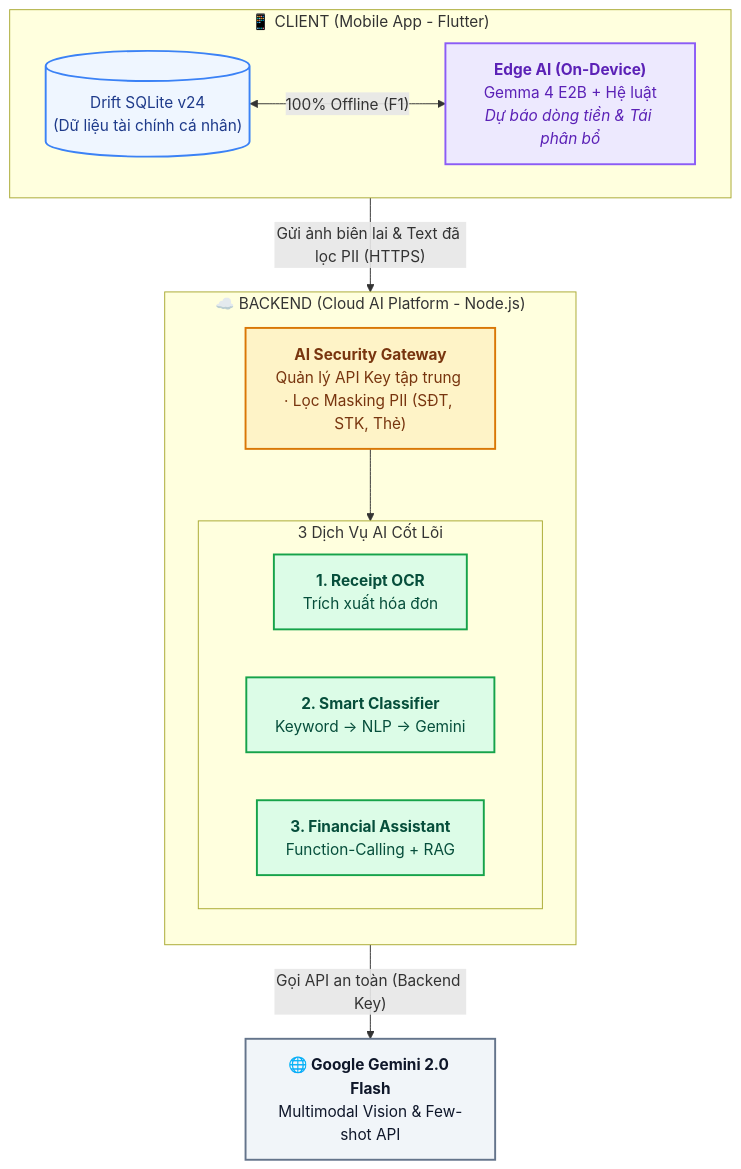
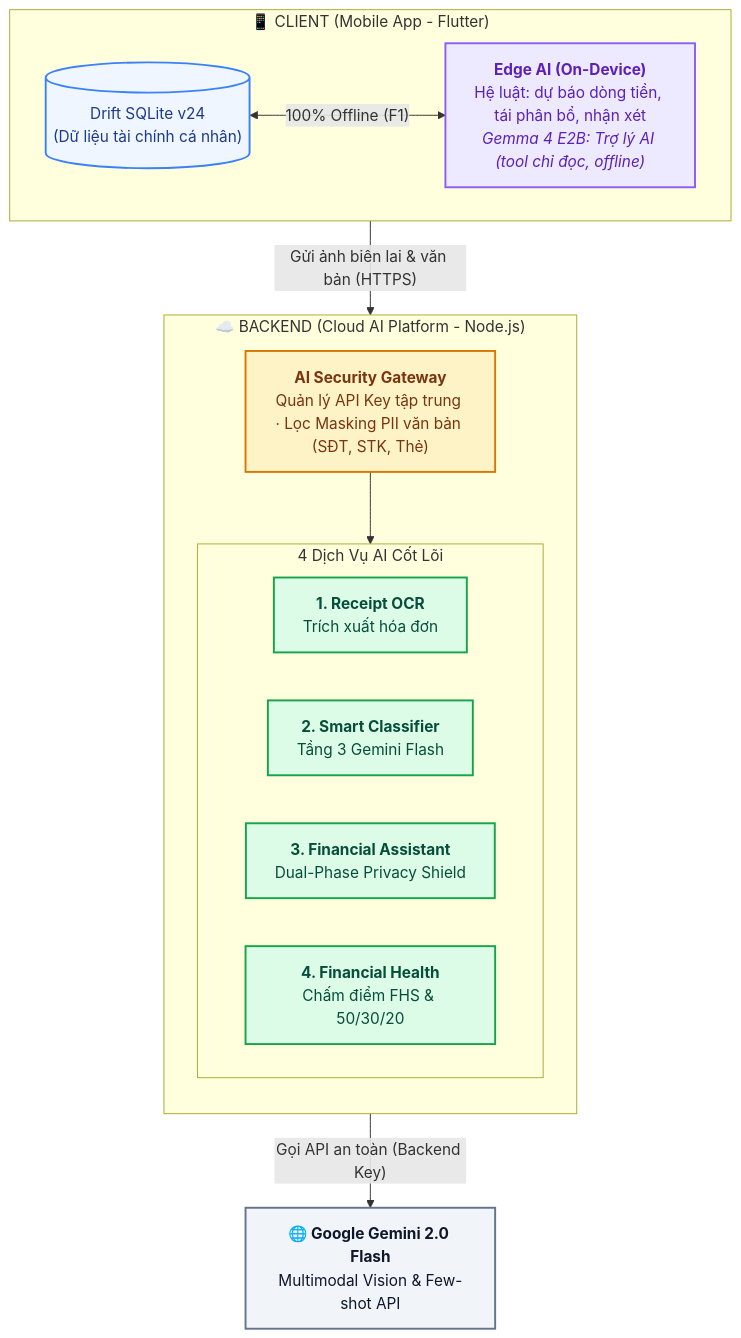
The first of 2 diagrams in docs/AI/AI_ARCHITECTURE_DIAGRAM.md (NguyenPhuBao/ManagementFinance), drawn with Mermaid before and after one commit. The commit also changed other lines of this file and 11 other files, not shown here.

````diff
--- a/docs/AI/AI_ARCHITECTURE_DIAGRAM.md
+++ b/docs/AI/AI_ARCHITECTURE_DIAGRAM.md
@@ -10,36 +10,37 @@
 ```mermaid
 flowchart TB
   %% Theme & Styling tối giản, hiện đại
   classDef client fill:#EFF6FF,stroke:#3B82F6,stroke-width:2px,color:#1E3A8A;
   classDef edge fill:#EDE9FE,stroke:#8B5CF6,stroke-width:2px,color:#5B21B6;
   classDef gateway fill:#FEF3C7,stroke:#D97706,stroke-width:2px,color:#78350F;
   classDef service fill:#DCFCE7,stroke:#16A34A,stroke-width:2px,color:#064E3B;
   classDef cloud fill:#F1F5F9,stroke:#64748B,stroke-width:2px,color:#0F172A;
 
   subgraph CLIENT["📱 CLIENT (Mobile App - Flutter)"]
     direction LR
     LOCAL_DB[("Drift SQLite v24<br/>(Dữ liệu tài chính cá nhân)")]:::client
-    EDGE_AI["<b>Edge AI (On-Device)</b><br/>Gemma 4 E2B + Hệ luật<br/><i>Dự báo dòng tiền & Tái phân bổ</i>"]:::edge
+    EDGE_AI["<b>Edge AI (On-Device)</b><br/>Hệ luật: dự báo dòng tiền, tái phân bổ, nhận xét<br/><i>Gemma 4 E2B: Trợ lý AI (tool chỉ đọc, offline)</i>"]:::edge
     LOCAL_DB <-->|"100% Offline (F1)"| EDGE_AI
   end
 
   subgraph BACKEND["☁️ BACKEND (Cloud AI Platform - Node.js)"]
     direction TB
-    GATEWAY["<b>AI Security Gateway</b><br/>Quản lý API Key tập trung · Lọc Masking PII (SĐT, STK, Thẻ)"]:::gateway
+    GATEWAY["<b>AI Security Gateway</b><br/>Quản lý API Key tập trung · Lọc Masking PII văn bản (SĐT, STK, Thẻ)"]:::gateway
 
-    subgraph PIPELINES["3 Dịch Vụ AI Cốt Lõi"]
+    subgraph PIPELINES["4 Dịch Vụ AI Cốt Lõi"]
       direction LR
       OCR["<b>1. Receipt OCR</b><br/>Trích xuất hóa đơn"]:::service
-      CLASSIFIER["<b>2. Smart Classifier</b><br/>Keyword → NLP → Gemini"]:::service
-      ASSISTANT["<b>3. Financial Assistant</b><br/>Function-Calling + RAG"]:::service
+      CLASSIFIER["<b>2. Smart Classifier</b><br/>Tầng 3 Gemini Flash"]:::service
+      ASSISTANT["<b>3. Financial Assistant</b><br/>Dual-Phase Privacy Shield"]:::service
+      HEALTH["<b>4. Financial Health</b><br/>Chấm điểm FHS & 50/30/20"]:::service
     end
 
     GATEWAY --> PIPELINES
   end
 
   GEMINI["<b>🌐 Google Gemini 2.0 Flash</b><br/>Multimodal Vision & Few-shot API"]:::cloud
 
   %% Kết nối chính
-  CLIENT -->|"Gửi ảnh biên lai & Text đã lọc PII (HTTPS)"| GATEWAY
+  CLIENT -->|"Gửi ảnh biên lai & văn bản (HTTPS)"| GATEWAY
   PIPELINES -->|"Gọi API an toàn (Backend Key)"| GEMINI
 ```
````
